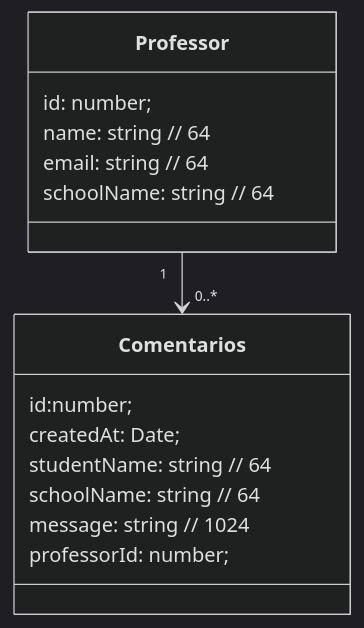
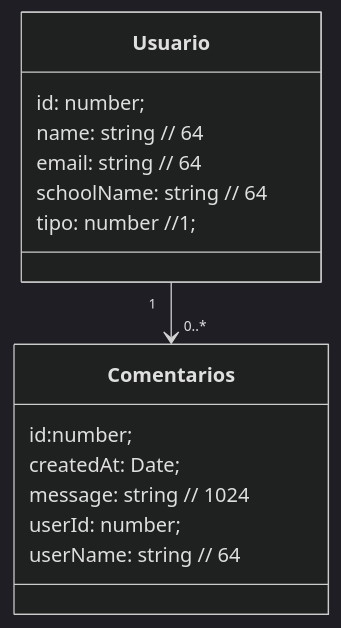
Before and after one commit to ArthurVascon/quizme: the diagram in entities.md, drawn with Mermaid (dark theme).

Commit message:
docs(entitites): changed entities names and attributes

````diff
--- a/entities.md
+++ b/entities.md
@@ -1,22 +1,24 @@
 ```mermaid
 classDiagram
 
-class Professor{
+
+%%tipo: indica se é aluno ou professor, podendo ter outros tipos (0 ou 1)
+
+class Usuario{
     id: number;
     name: string // 64
     email: string // 64
     schoolName: string // 64
-
+    tipo: number //1; 
 }
 
- Professor "1" --> "0..*" Comentarios
+ Usuario "1" --> "0..*" Comentarios
 
 class Comentarios{
     id:number;
     createdAt: Date;
-    studentName: string // 64
-    schoolName: string // 64
     message: string // 1024
-    professorId: number;
+    userId: number;
+    userName: string // 64
 }
 ```
````
